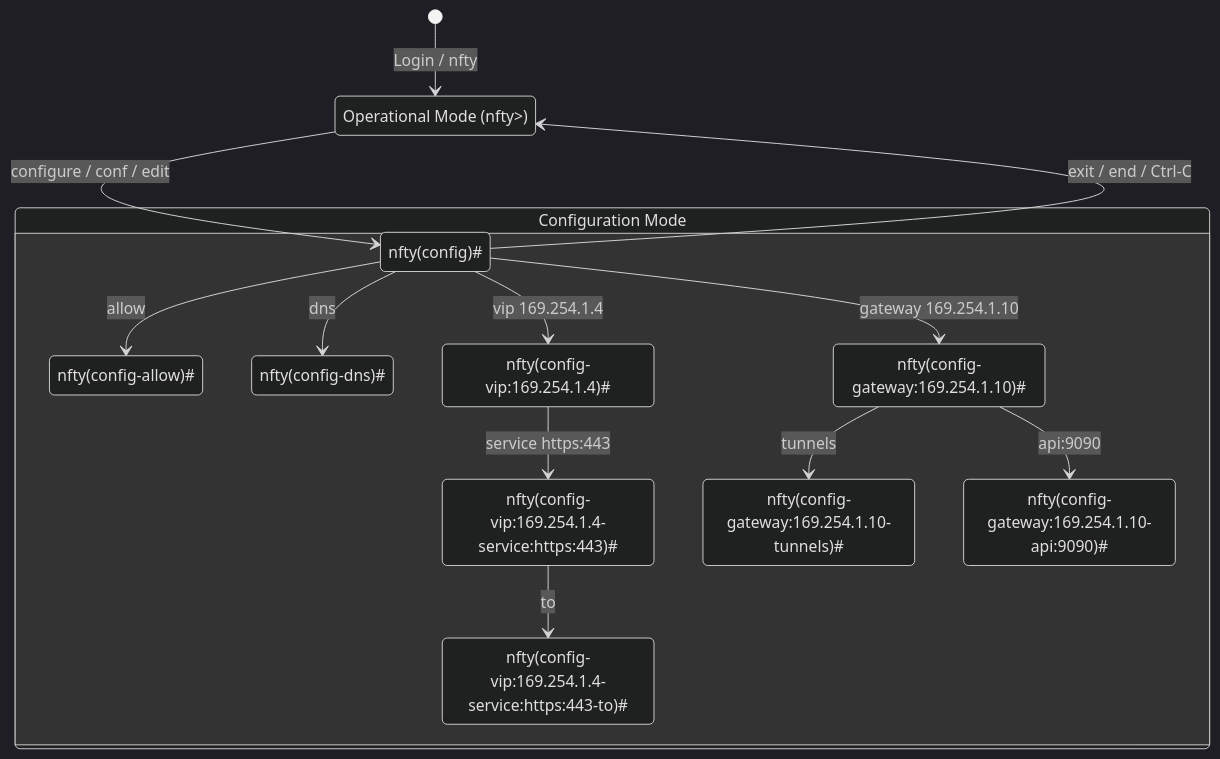
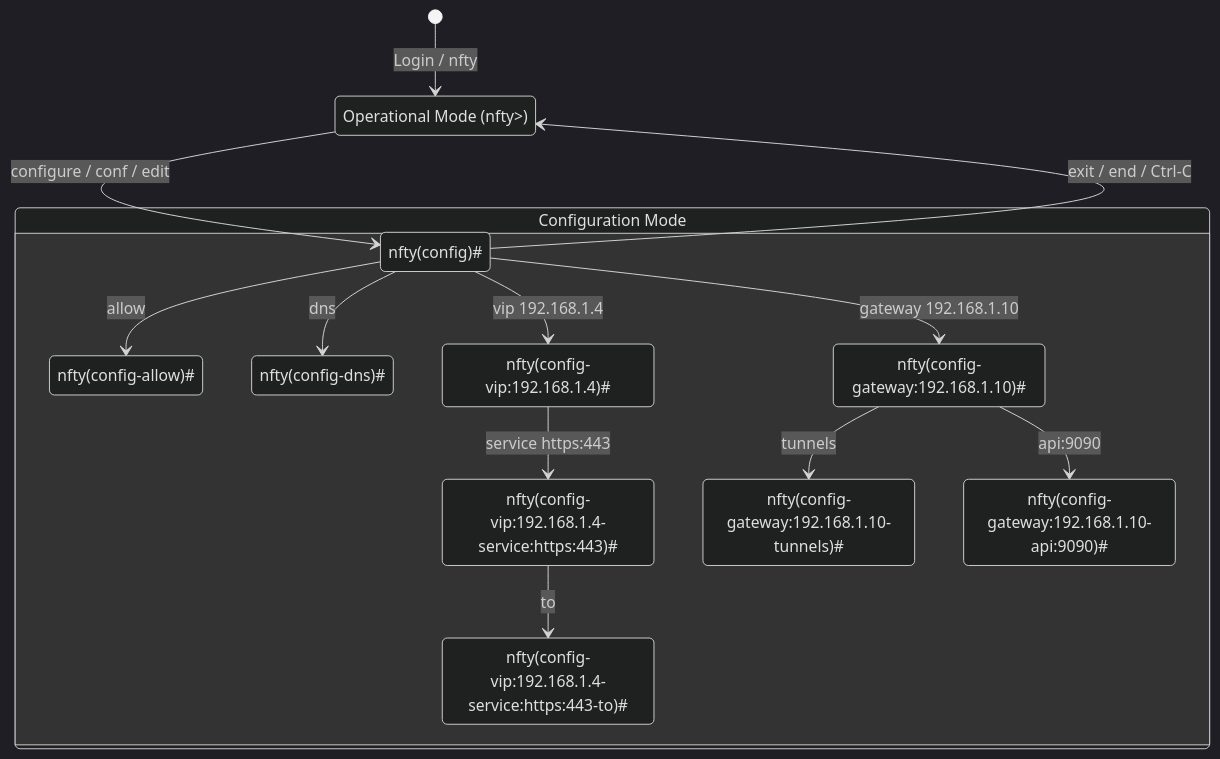
One commit to grsmith-projects/nfty changed the first of 2 diagrams in docs/interactive-cli-and-tui.md. Above: the diagram before and after it, drawn with Mermaid (dark theme). The commit also changed other lines of this file and 34 other files, not shown here.

````diff
--- a/docs/interactive-cli-and-tui.md
+++ b/docs/interactive-cli-and-tui.md
@@ -59,28 +58,28 @@
 ```mermaid
 stateDiagram-v2
     [*] --> Operational: Login / nfty
     Operational --> ConfigRoot: configure / conf / edit
     ConfigRoot --> Operational: exit / end / Ctrl-C
     
     state "Operational Mode (nfty>)" as Operational
     state "Configuration Mode" as ConfigMode {
         ConfigRoot: nfty(config)#
         AllowCtx: nfty(config-allow)#
         DnsCtx: nfty(config-dns)#
-        VipCtx: nfty(config-vip:169.254.1.4)#
-        VipSvcCtx: nfty(config-vip:169.254.1.4-service:https:443)#
-        VipSvcToCtx: nfty(config-vip:169.254.1.4-service:https:443-to)#
-        GwCtx: nfty(config-gateway:169.254.1.10)#
-        GwTunCtx: nfty(config-gateway:169.254.1.10-tunnels)#
-        GwApiCtx: nfty(config-gateway:169.254.1.10-api:9090)#
+        VipCtx: nfty(config-vip:192.168.1.4)#
+        VipSvcCtx: nfty(config-vip:192.168.1.4-service:https:443)#
+        VipSvcToCtx: nfty(config-vip:192.168.1.4-service:https:443-to)#
+        GwCtx: nfty(config-gateway:192.168.1.10)#
+        GwTunCtx: nfty(config-gateway:192.168.1.10-tunnels)#
+        GwApiCtx: nfty(config-gateway:192.168.1.10-api:9090)#
 
         ConfigRoot --> AllowCtx: allow
         ConfigRoot --> DnsCtx: dns
-        ConfigRoot --> VipCtx: vip 169.254.1.4
+        ConfigRoot --> VipCtx: vip 192.168.1.4
         VipCtx --> VipSvcCtx: service https:443
         VipSvcCtx --> VipSvcToCtx: to
-        ConfigRoot --> GwCtx: gateway 169.254.1.10
+        ConfigRoot --> GwCtx: gateway 192.168.1.10
         GwCtx --> GwTunCtx: tunnels
         GwCtx --> GwApiCtx: api:9090
     }
 ```
````
